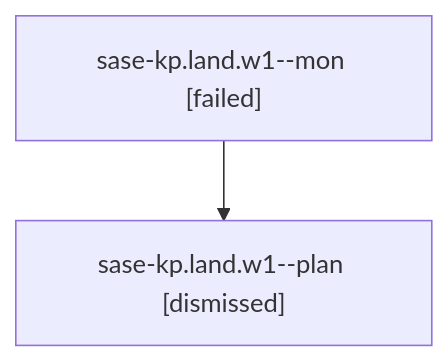
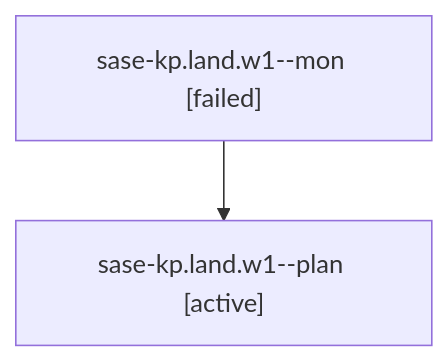
The diagram in families/bbugyi200.athena.sase-kp.land.w1.md (sase-org/sase--agents), drawn with Mermaid before and after one commit. The commit also changed other lines of this file and 35830 other files, not shown here.

````diff
--- a/families/bbugyi200.athena.sase-kp.land.w1.md
+++ b/families/bbugyi200.athena.sase-kp.land.w1.md
@@ -9,6 +9,6 @@
 ```mermaid
 flowchart TD
   n0["sase-kp.land.w1--mon [failed]"]
-  n1["sase-kp.land.w1--plan [dismissed]"]
+  n1["sase-kp.land.w1--plan [active]"]
   n0 --> n1
 ```
````
